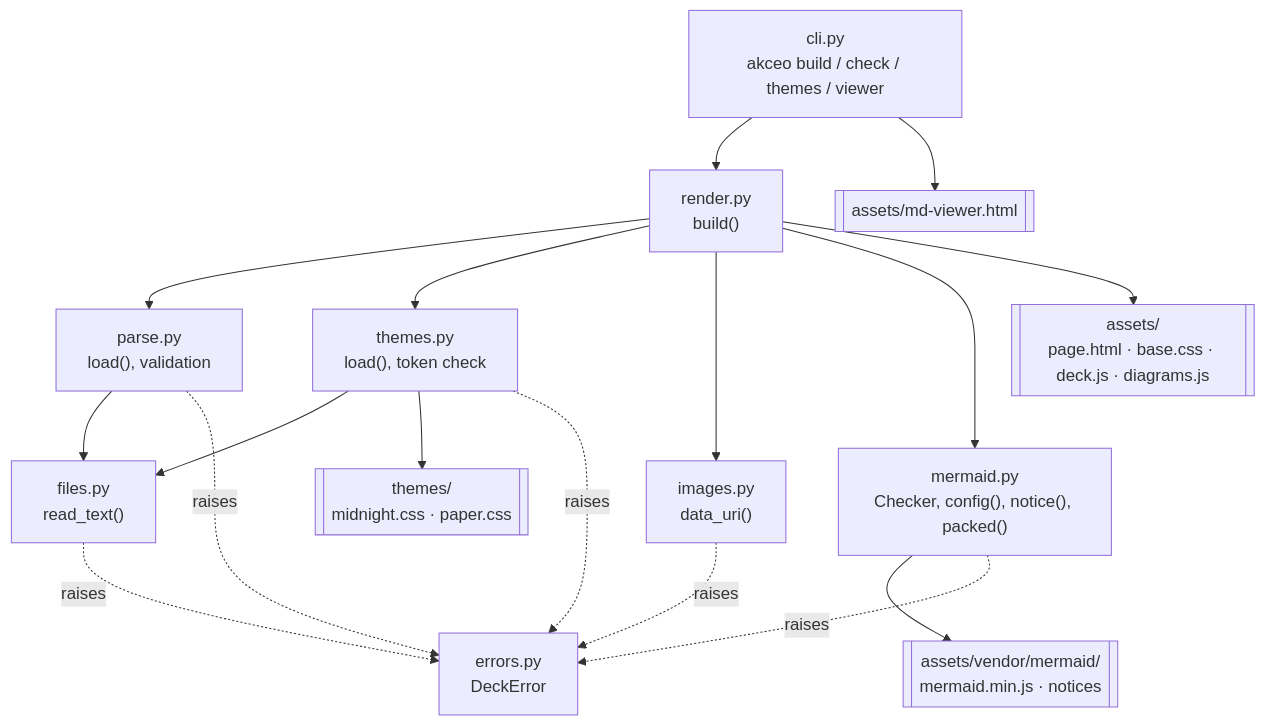
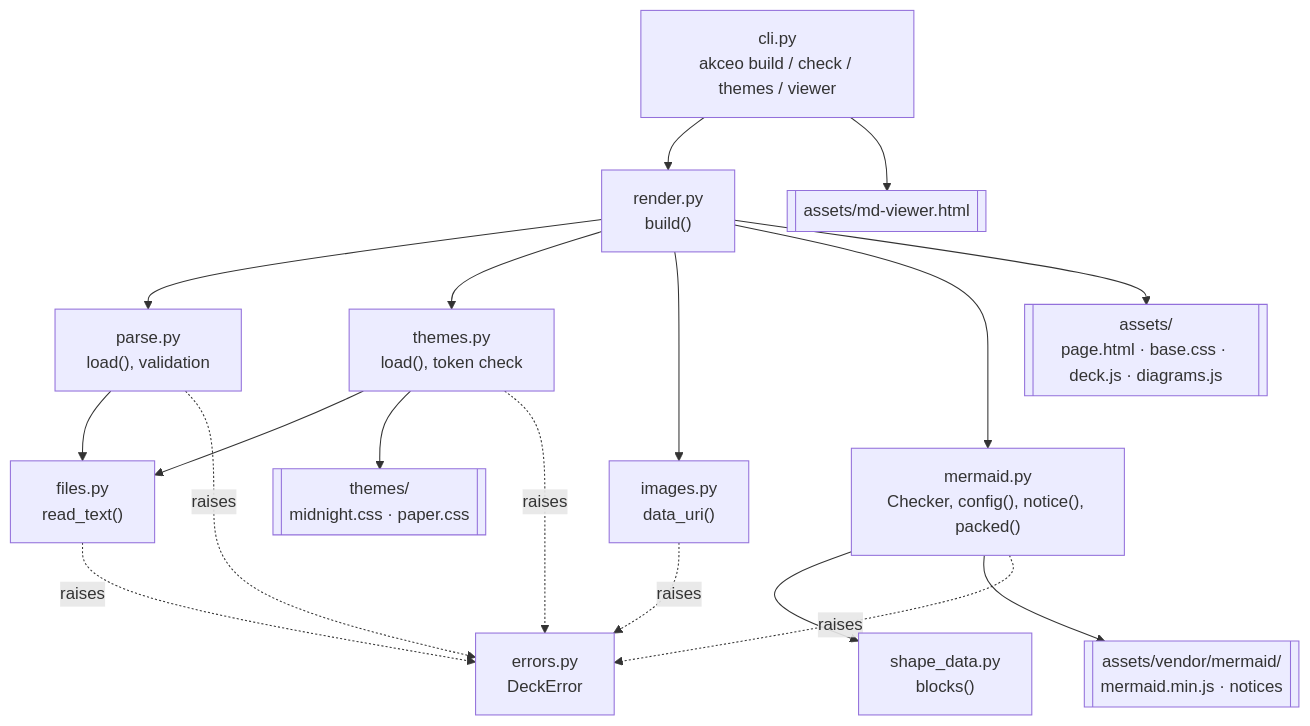
Before and after one commit to LunarCommand/akceo: the fifth of 11 diagrams in docs/how-it-works.md, drawn with Mermaid. The commit also changed other lines of this file and 6 other files, not shown here.

First line of the commit message:
Read shape data the way Mermaid does

````diff
--- a/docs/how-it-works.md
+++ b/docs/how-it-works.md
@@ -197,19 +197,20 @@
 ```mermaid
 flowchart TD
     cli["cli.py<br/>akceo build / check / themes / viewer"] --> render["render.py<br/>build()"]
     render --> parse["parse.py<br/>load(), validation"]
     parse --> files["files.py<br/>read_text()"]
     render --> themes["themes.py<br/>load(), token check"]
     themes --> files
     render --> images["images.py<br/>data_uri()"]
     render --> mermaid["mermaid.py<br/>Checker, config(), notice(), packed()"]
+    mermaid --> shape["shape_data.py<br/>blocks()"]
     mermaid --> vendor[["assets/vendor/mermaid/<br/>mermaid.min.js · notices"]]
     render --> assets[["assets/<br/>page.html · base.css · deck.js · diagrams.js"]]
     themes --> builtin[["themes/<br/>midnight.css · paper.css"]]
     cli --> viewer[["assets/md-viewer.html"]]
     parse -.->|raises| err["errors.py<br/>DeckError"]
     themes -.->|raises| err
     images -.->|raises| err
     mermaid -.->|raises| err
     files -.->|raises| err
 ```
````
